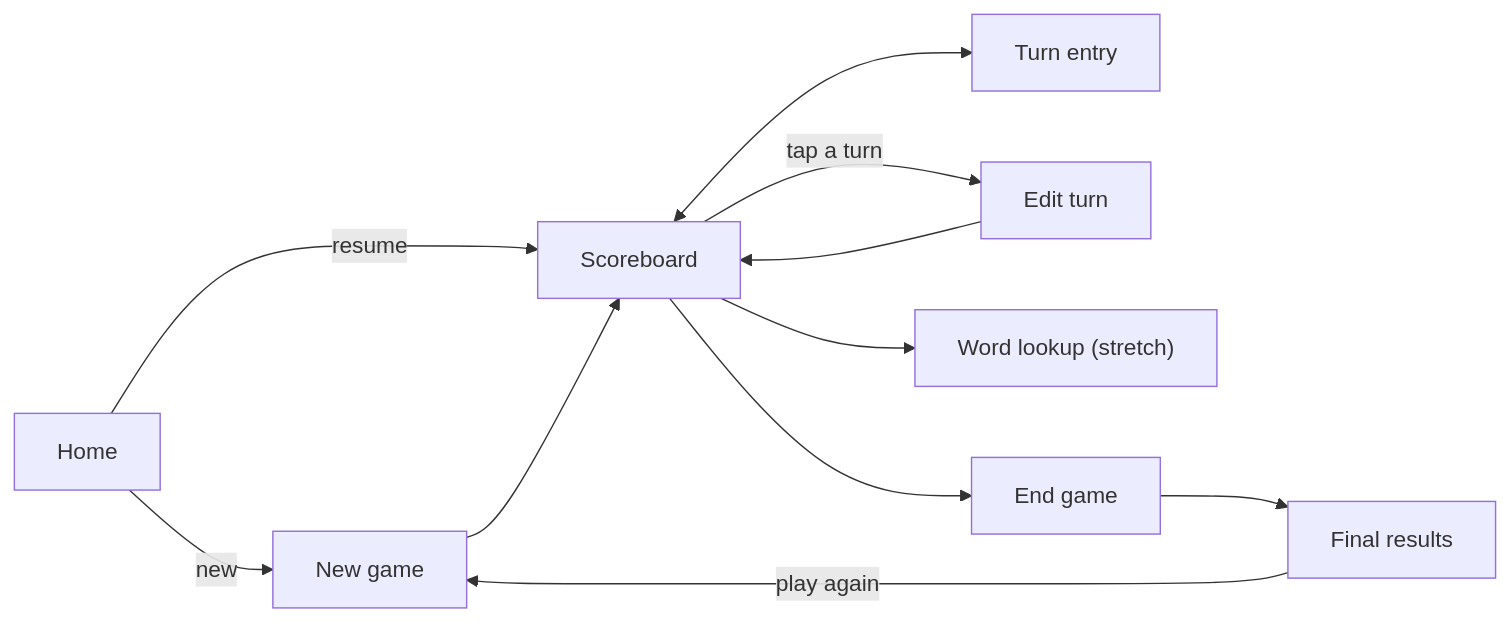
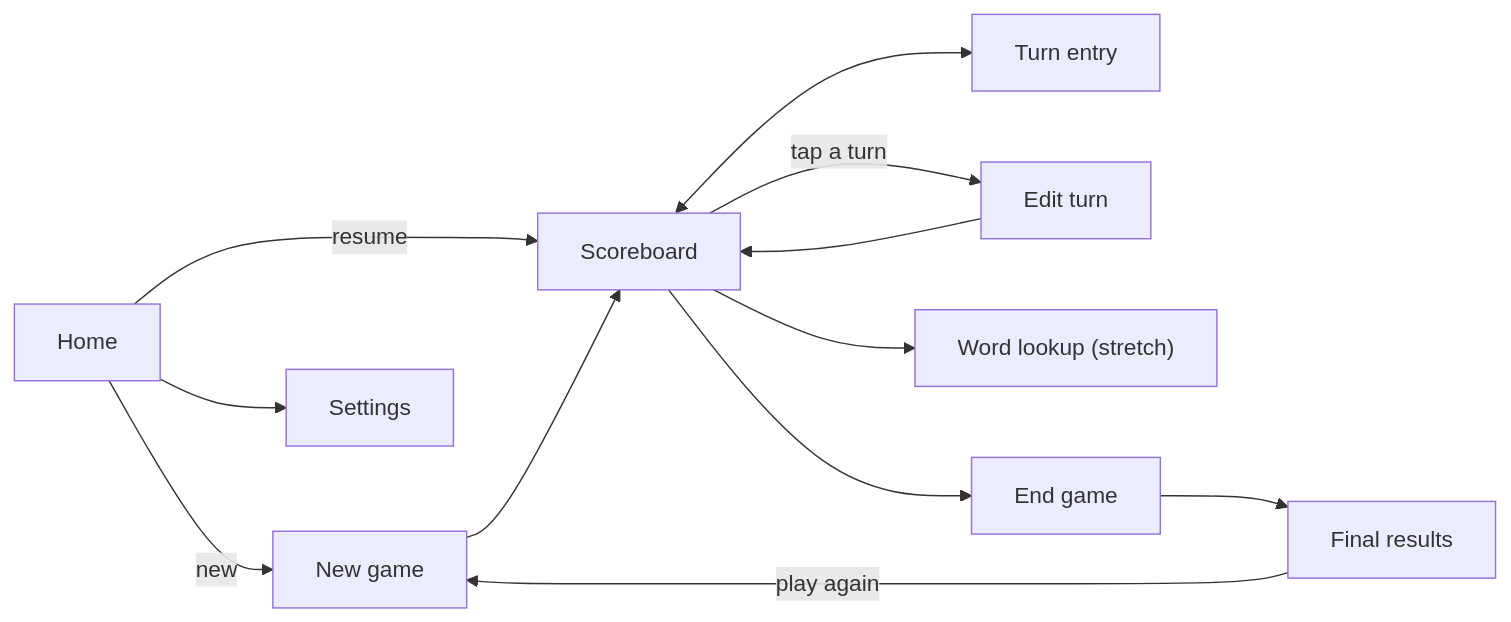
One commit to Macavitymadcap/scrabble-scorer changed the first of 2 diagrams in docs/DESIGN.md. Above: the diagram before and after it, drawn with Mermaid. The commit also changed other lines of this file and 1 other file, not shown here.

````diff
--- a/docs/DESIGN.md
+++ b/docs/DESIGN.md
@@ -117,13 +125,14 @@
 ```mermaid
 flowchart LR
   Home -->|new| NewGame[New game]
   Home -->|resume| Scoreboard
   NewGame --> Scoreboard
   Scoreboard <--> TurnEntry[Turn entry]
   Scoreboard -->|tap a turn| EditTurn[Edit turn]
   EditTurn --> Scoreboard
   Scoreboard --> Lookup["Word lookup (stretch)"]
+  Home --> Settings
   Scoreboard --> EndGame[End game]
   EndGame --> Results[Final results]
   Results -->|play again| NewGame
 ```
````
